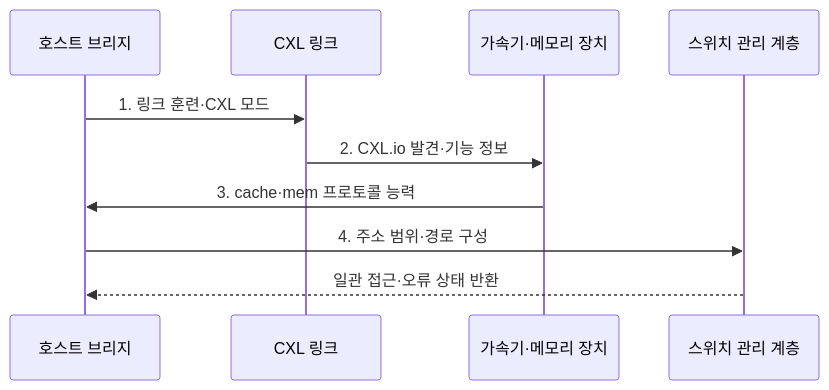
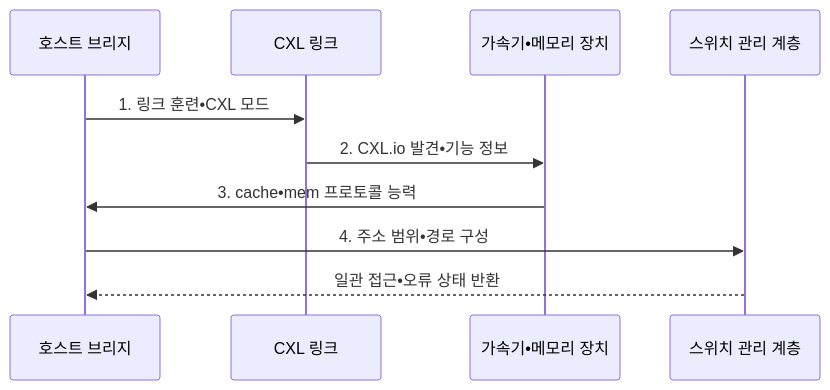
One commit to agnusdei1207/knowledge-base changed the second of 2 diagrams in src/content/docs/notes/08-latest-tech/147_cxl.md. Above: the diagram before and after it, drawn with Mermaid. The commit also changed other lines of this file and 953 other files, not shown here.

````diff
--- a/src/content/docs/notes/08-latest-tech/147_cxl.md
+++ b/src/content/docs/notes/08-latest-tech/147_cxl.md
@@ -111,12 +111,12 @@
 ```mermaid
 sequenceDiagram
   participant H as 호스트 브리지
   participant L as CXL 링크
-  participant D as 가속기·메모리 장치
+  participant D as 가속기•메모리 장치
   participant M as 스위치 관리 계층
-  H->>L: 1. 링크 훈련·CXL 모드
-  L->>D: 2. CXL.io 발견·기능 정보
-  D->>H: 3. cache·mem 프로토콜 능력
-  H->>M: 4. 주소 범위·경로 구성
-  M-->>H: 일관 접근·오류 상태 반환
+  H->>L: 1. 링크 훈련•CXL 모드
+  L->>D: 2. CXL.io 발견•기능 정보
+  D->>H: 3. cache•mem 프로토콜 능력
+  H->>M: 4. 주소 범위•경로 구성
+  M-->>H: 일관 접근•오류 상태 반환
 ```
````
